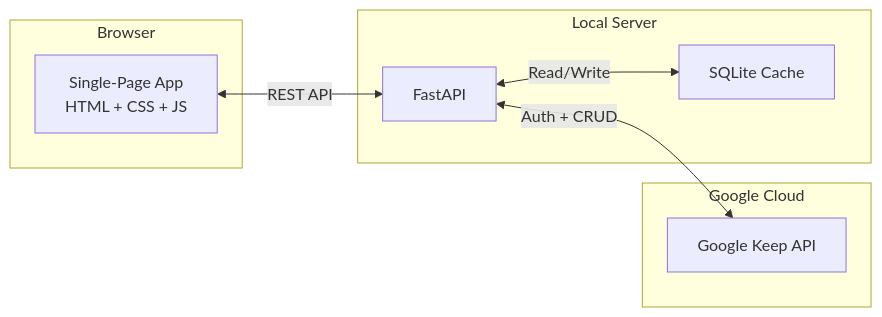
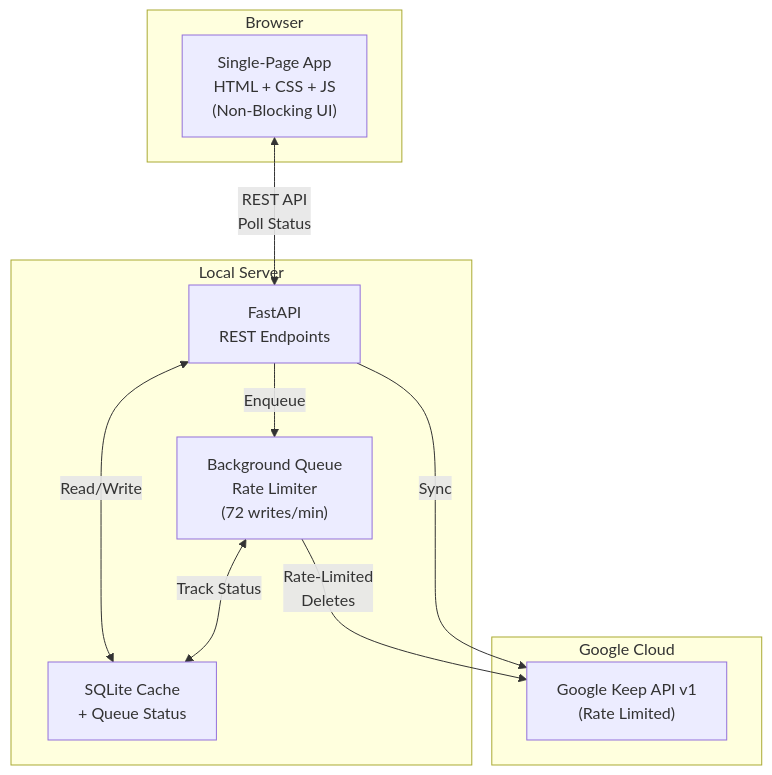
One commit to alexsmoy/keep-manager changed the first of 2 diagrams in README.md. Above: the diagram before and after it, drawn with Mermaid. The commit also changed other lines of this file and 11 other files, not shown here.

Commit message:
feat: Implement a background queue manager for rate-limited note deletions, adding a new database table, UI components, and documentation.

````diff
--- a/README.md
+++ b/README.md
@@ -26,19 +29,23 @@
 ```mermaid
-graph LR
+graph TB
     subgraph Browser
-        UI["Single-Page App<br/>HTML + CSS + JS"]
+        UI["Single-Page App<br/>HTML + CSS + JS<br/>(Non-Blocking UI)"]
     end
 
     subgraph "Local Server"
-        API["FastAPI"]
-        DB["SQLite Cache"]
+        API["FastAPI<br/>REST Endpoints"]
+        QUEUE["Background Queue<br/>Rate Limiter<br/>(72 writes/min)"]
+        DB["SQLite Cache<br/>+ Queue Status"]
     end
 
     subgraph "Google Cloud"
-        Keep["Google Keep API"]
+        Keep["Google Keep API v1<br/>(Rate Limited)"]
     end
 
-    UI <-->|REST API| API
+    UI <-->|"REST API<br/>Poll Status"| API
     API <-->|Read/Write| DB
-    API <-->|Auth + CRUD| Keep
+    API -->|Enqueue| QUEUE
+    QUEUE -->|"Rate-Limited<br/>Deletes"| Keep
+    QUEUE <-->|"Track Status"| DB
+    API -->|Sync| Keep
 ```
````
